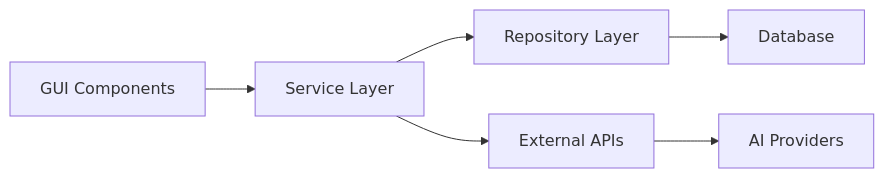
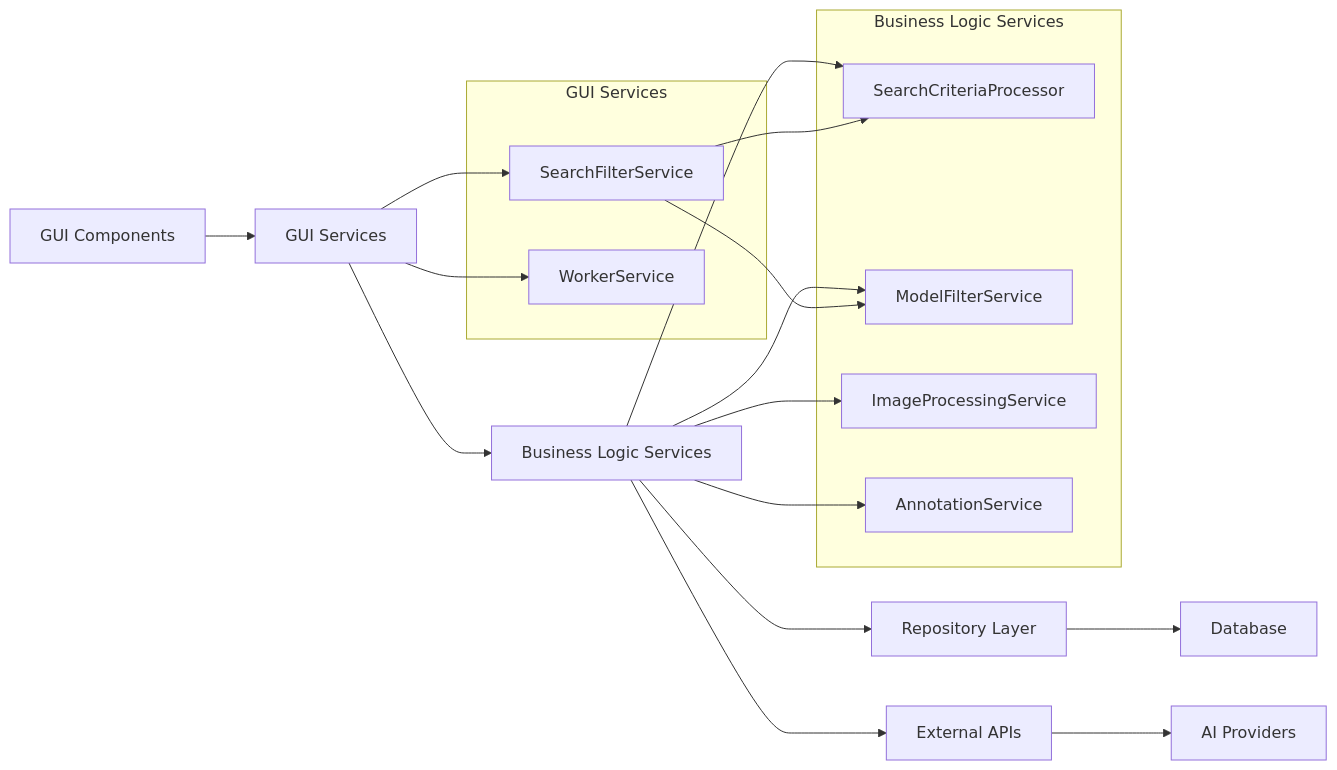
Before and after one commit to NEXTAltair/LoRAIro: the second of 16 diagrams in docs/architecture.md, drawn with Mermaid. The commit also changed other lines of this file and 1 other file, not shown here.

````diff
--- a/docs/architecture.md
+++ b/docs/architecture.md
@@ -138,8 +146,30 @@
 ```mermaid
 graph LR
-    A[GUI Components] --> B[Service Layer]
-    B --> C[Repository Layer]
-    B --> D[External APIs]
-    C --> E[Database]
-    D --> F[AI Providers]
+    A[GUI Components] --> B[GUI Services]
+    B --> C[Business Logic Services]
+    C --> D[Repository Layer]
+    C --> E[External APIs]
+    D --> F[Database]
+    E --> G[AI Providers]
+    
+    subgraph "GUI Services"
+        B1[SearchFilterService]
+        B2[WorkerService]
+    end
+    
+    subgraph "Business Logic Services"
+        C1[SearchCriteriaProcessor]
+        C2[ModelFilterService]
+        C3[ImageProcessingService]
+        C4[AnnotationService]
+    end
+    
+    B --> B1
+    B --> B2
+    C --> C1
+    C --> C2
+    C --> C3
+    C --> C4
+    B1 --> C1
+    B1 --> C2
 ```
````
